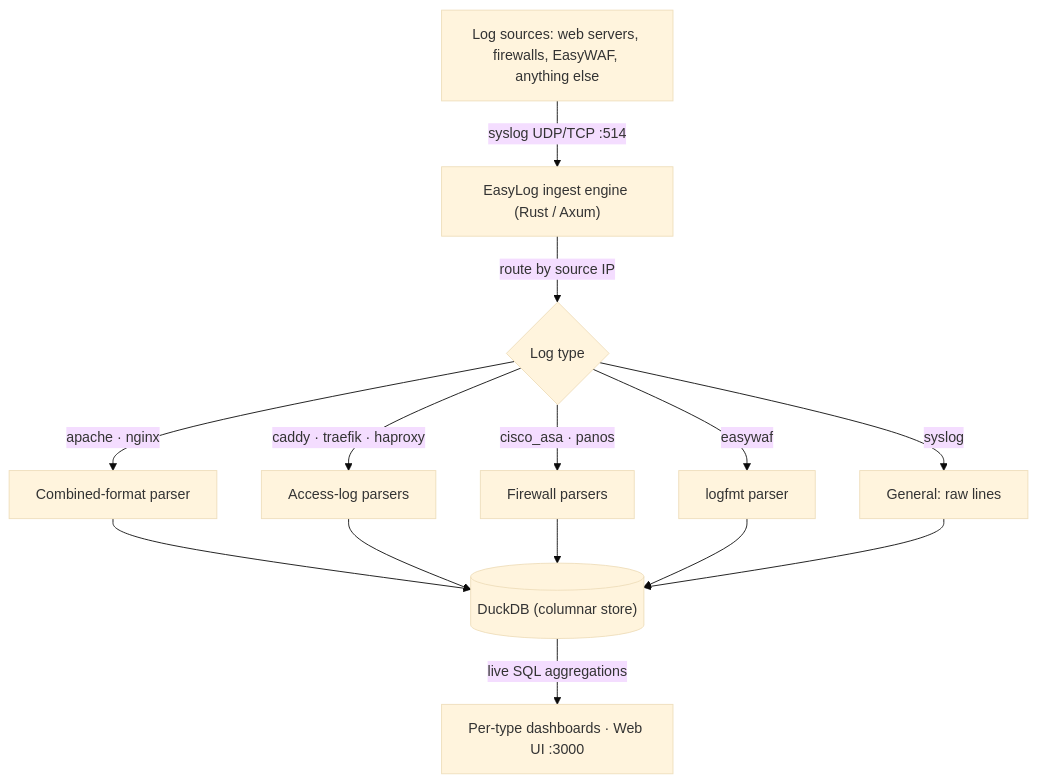
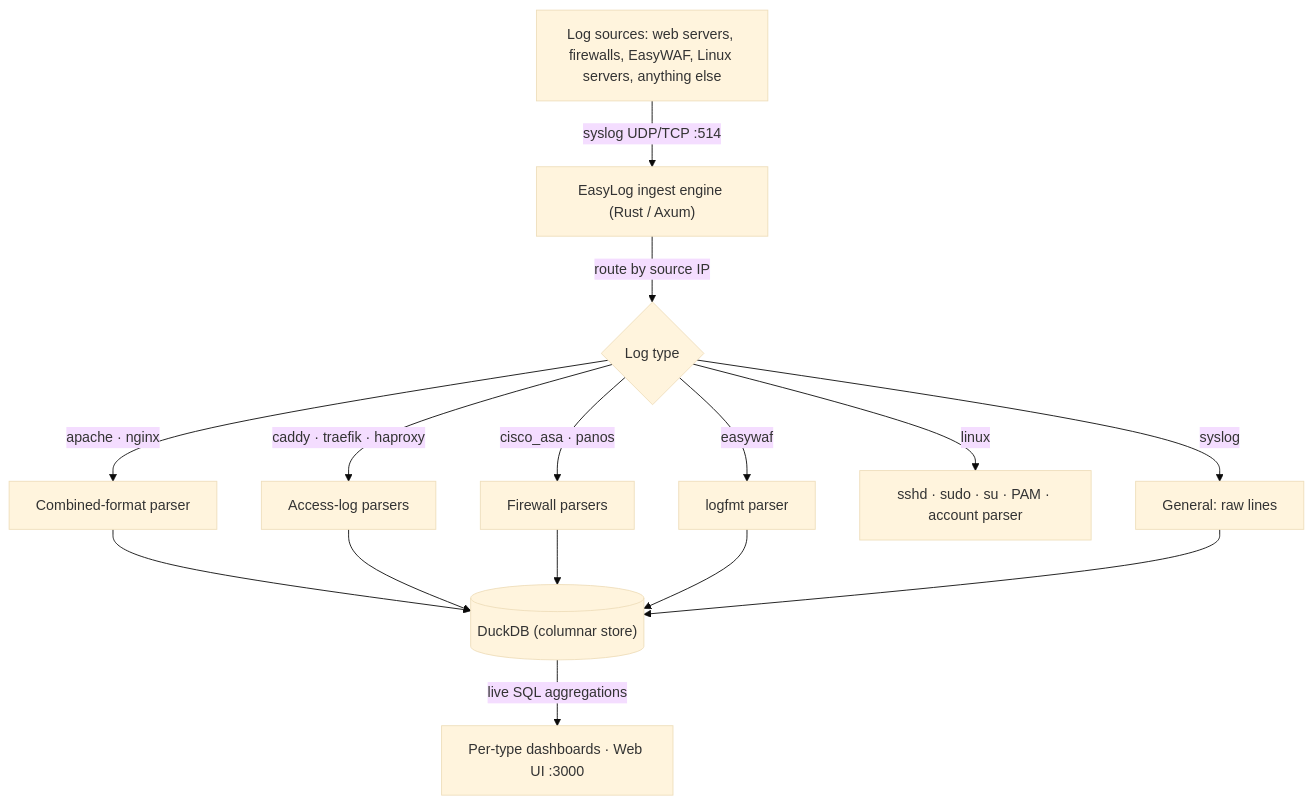
The diagram in docs/reference.md (easysysio/EasyLog), drawn with Mermaid (base theme) before and after one commit. The commit also changed other lines of this file and 15 other files, not shown here.

````diff
--- a/docs/reference.md
+++ b/docs/reference.md
@@ -23,16 +24,17 @@
 ```mermaid
 graph TD
-    A["Log sources: web servers, firewalls, EasyWAF, anything else"] -->|"syslog UDP/TCP :514"| B["EasyLog ingest engine (Rust / Axum)"]
+    A["Log sources: web servers, firewalls, EasyWAF, Linux servers, anything else"] -->|"syslog UDP/TCP :514"| B["EasyLog ingest engine (Rust / Axum)"]
     B -->|"route by source IP"| C{"Log type"}
     C -->|"apache · nginx"| D["Combined-format parser"]
     C -->|"caddy · traefik · haproxy"| E["Access-log parsers"]
     C -->|"cisco_asa · panos"| F["Firewall parsers"]
     C -->|"easywaf"| W["logfmt parser"]
+    C -->|"linux"| L["sshd · sudo · su · PAM · account parser"]
     C -->|"syslog"| R["General: raw lines"]
     D --> G[("DuckDB (columnar store)")]
     E --> G
     F --> G
     W --> G
     R --> G
     G -->|"live SQL aggregations"| H["Per-type dashboards · Web UI :3000"]
 ```
````
